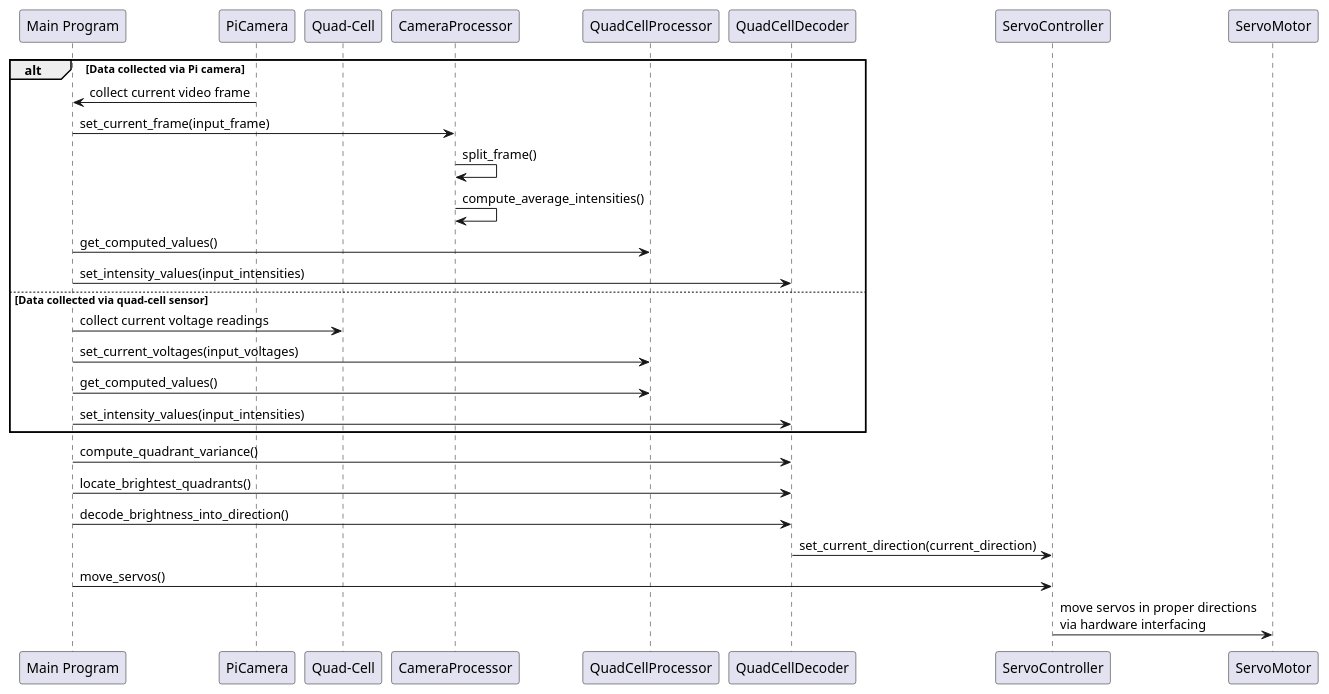
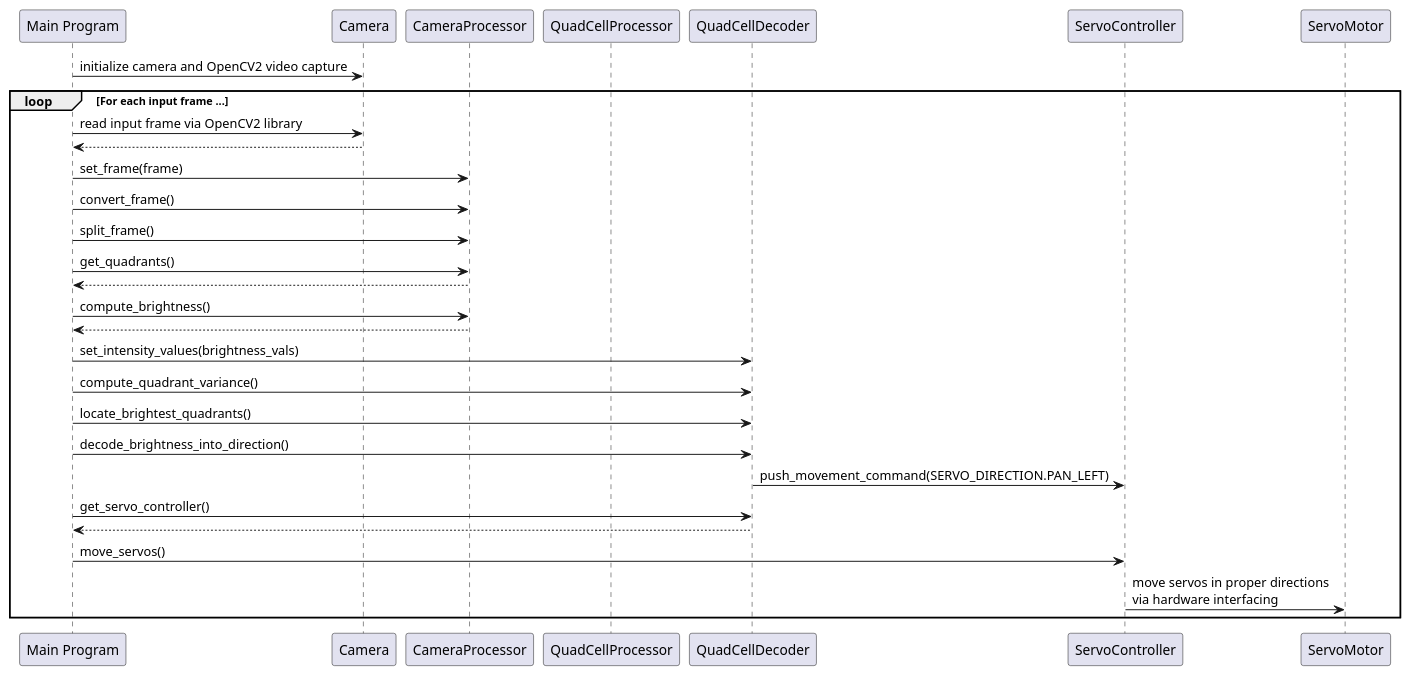
Before and after one commit to JonathanI19/EclipseBallooning: the diagram in diagrams/sun_tracker_sequence_diagram.puml, drawn with PlantUML. The commit also changed 2 other files, not shown here.

Commit message:
Update software design diagrams

```diff
--- a/diagrams/sun_tracker_sequence_diagram.puml
+++ b/diagrams/sun_tracker_sequence_diagram.puml
@@ -1,34 +1,50 @@
 @startuml SunTrackerSequenceDiagram
 
 ' Define participants
 participant "Main Program" as mp
-participant "PiCamera" as pc
-participant "Quad-Cell" as qc
+participant "Camera" as cam
+' participant "Quad-Cell" as qc
 participant "CameraProcessor" as cp
 participant "QuadCellProcessor" as qcp
 participant "QuadCellDecoder" as qcd
 participant "ServoController" as sc
 participant "ServoMotor" as sm
 
 ' Define relations and datapath
-alt Data collected via Pi camera
-    pc -> mp : collect current video frame
-    mp -> cp : set_current_frame(input_frame)
-    cp -> cp: split_frame()
-    cp -> cp: compute_average_intensities()
-    mp -> qcp : get_computed_values()
-    mp -> qcd : set_intensity_values(input_intensities)
-else Data collected via quad-cell sensor
-    mp -> qc : collect current voltage readings
-    mp -> qcp : set_current_voltages(input_voltages)
-    mp -> qcp : get_computed_values()
-    mp -> qcd : set_intensity_values(input_intensities)
-end
+' alt Data collected via Pi camera
+'     pc -> mp : collect current video frame
+'     mp -> cp : set_current_frame(input_frame)
+'     cp -> cp: split_frame()
+'     cp -> cp: compute_average_intensities()
+'     mp -> qcp : get_computed_values()
+'     mp -> qcd : set_intensity_values(input_intensities)
+' else Data collected via quad-cell sensor
+'     mp -> qc : collect current voltage readings
+'     mp -> qcp : set_current_voltages(input_voltages)
+'     mp -> qcp : get_computed_values()
+'     mp -> qcd : set_intensity_values(input_intensities)
+'end
+
+mp -> cam : initialize camera and OpenCV2 video capture
+loop For each input frame ...
+mp -> cam : read input frame via OpenCV2 library
+cam --> mp
+mp -> cp : set_frame(frame)
+mp -> cp : convert_frame()
+mp -> cp : split_frame()
+mp -> cp : get_quadrants()
+cp --> mp
+mp -> cp : compute_brightness()
+cp --> mp
+mp -> qcd : set_intensity_values(brightness_vals)
 mp -> qcd : compute_quadrant_variance()
 mp -> qcd : locate_brightest_quadrants()
 mp -> qcd : decode_brightness_into_direction()
-qcd -> sc : set_current_direction(current_direction)
+qcd -> sc : push_movement_command(SERVO_DIRECTION.PAN_LEFT)
+mp -> qcd : get_servo_controller()
+qcd --> mp
 mp -> sc : move_servos()
 sc -> sm : move servos in proper directions\nvia hardware interfacing
+end
 
 @enduml
```
